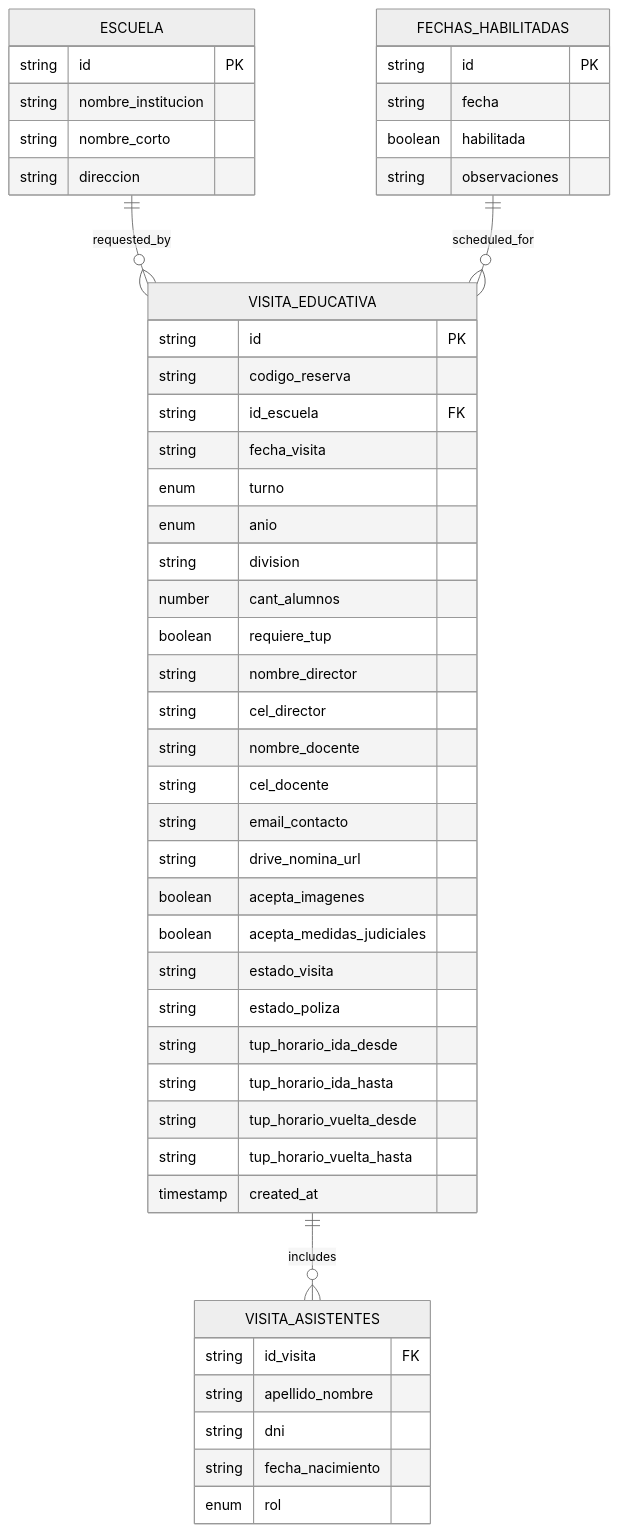
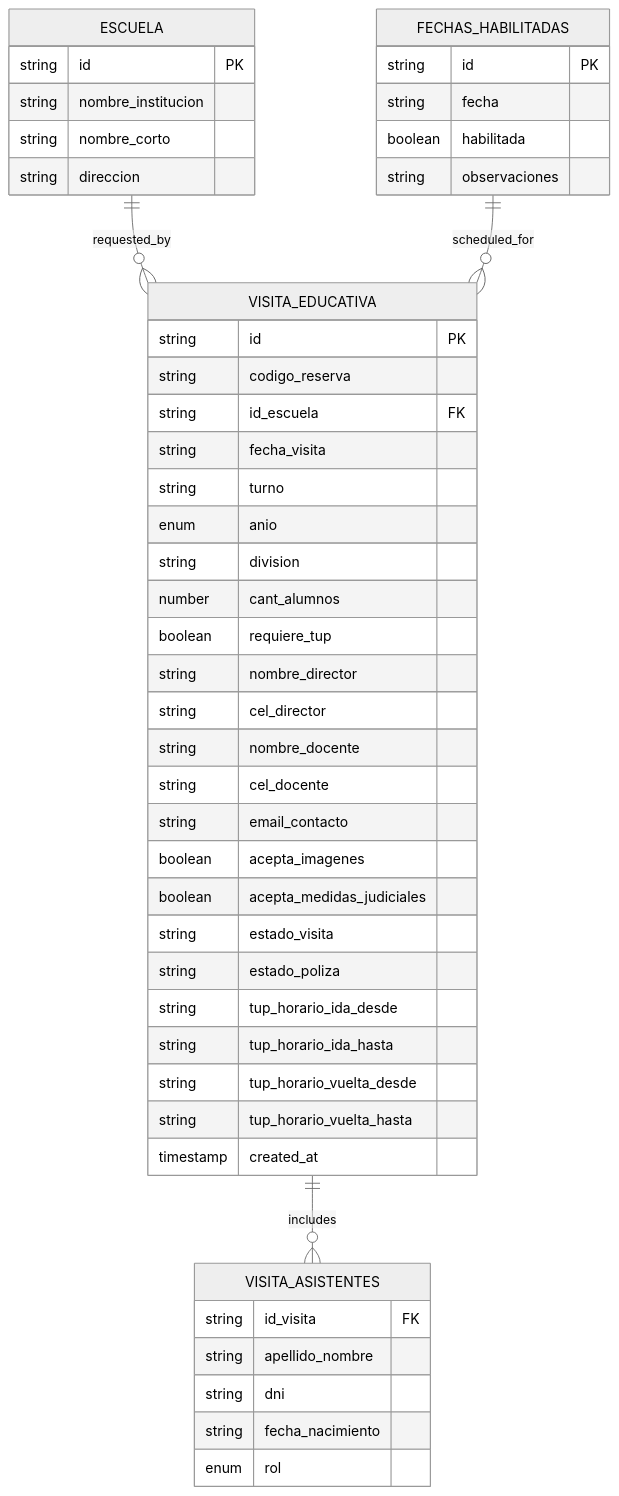
The third of 4 diagrams in .qoder/repowiki/en/content/Data Models & Type System.md (AgusCatra/simu-twin-web), drawn with Mermaid (neutral theme) before and after one commit. The commit also changed other lines of this file and 6 other files, not shown here.

````diff
--- a/.qoder/repowiki/en/content/Data Models & Type System.md
+++ b/.qoder/repowiki/en/content/Data Models & Type System.md
@@ -318,51 +323,50 @@
 ```mermaid
 erDiagram
 ESCUELA {
 string id PK
 string nombre_institucion
 string nombre_corto
 string direccion
 }
 FECHAS_HABILITADAS {
 string id PK
 string fecha
 boolean habilitada
 string observaciones
 }
 VISITA_EDUCATIVA {
 string id PK
 string codigo_reserva
 string id_escuela FK
 string fecha_visita
-enum turno
+string turno
 enum anio
 string division
 number cant_alumnos
 boolean requiere_tup
 string nombre_director
 string cel_director
 string nombre_docente
 string cel_docente
 string email_contacto
-string drive_nomina_url
 boolean acepta_imagenes
 boolean acepta_medidas_judiciales
 string estado_visita
 string estado_poliza
 string tup_horario_ida_desde
 string tup_horario_ida_hasta
 string tup_horario_vuelta_desde
 string tup_horario_vuelta_hasta
 timestamp created_at
 }
 VISITA_ASISTENTES {
 string id_visita FK
 string apellido_nombre
 string dni
 string fecha_nacimiento
 enum rol
 }
 ESCUELA ||--o{ VISITA_EDUCATIVA : "requested_by"
 FECHAS_HABILITADAS ||--o{ VISITA_EDUCATIVA : "scheduled_for"
 VISITA_EDUCATIVA ||--o{ VISITA_ASISTENTES : "includes"
 ```
````
